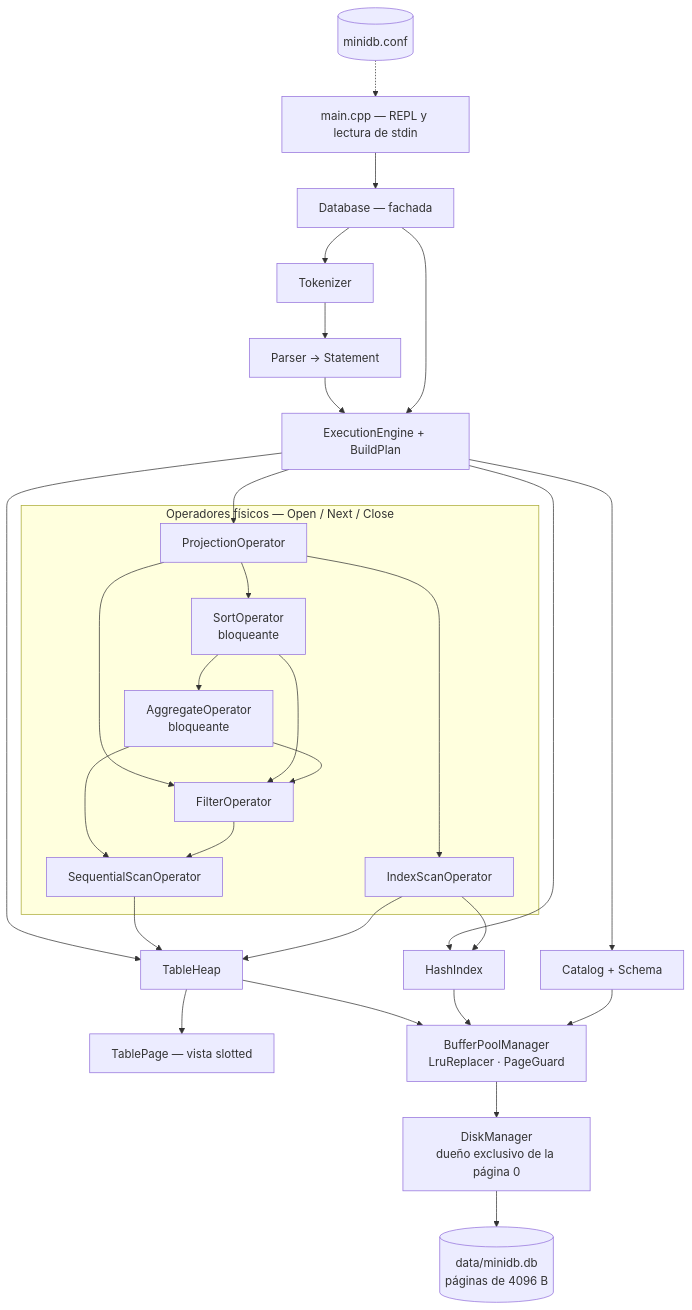
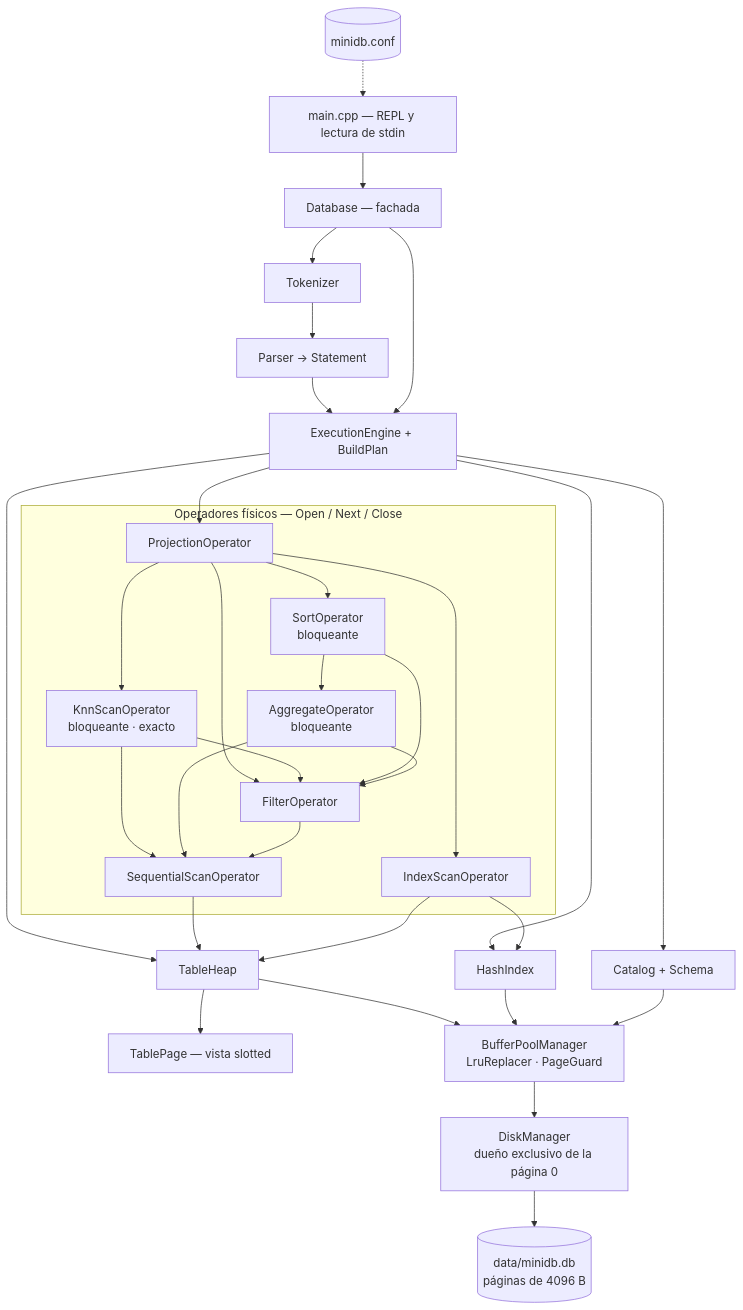
One commit to javierRock/miniDB changed the diagram in ARCHITECTURE.md. Above: the diagram before and after it, drawn with Mermaid. The commit also changed other lines of this file and 30 other files, not shown here.

````diff
--- a/ARCHITECTURE.md
+++ b/ARCHITECTURE.md
@@ -9,54 +9,58 @@
 ```mermaid
 graph TD
     CLI["main.cpp — REPL y lectura de stdin"]
     CFG[("minidb.conf")]
     DB["Database — fachada"]
     TK["Tokenizer"]
     PS["Parser → Statement"]
     EE["ExecutionEngine + BuildPlan"]
 
     subgraph OPS["Operadores físicos — Open / Next / Close"]
         PROJ["ProjectionOperator"]
         SORT["SortOperator<br/>bloqueante"]
         AGG["AggregateOperator<br/>bloqueante"]
         FILT["FilterOperator"]
         SEQ["SequentialScanOperator"]
         IDX["IndexScanOperator"]
+        KNN["KnnScanOperator<br/>bloqueante · exacto"]
     end
 
     CAT["Catalog + Schema"]
     TH["TableHeap"]
     HI["HashIndex"]
     TP["TablePage — vista slotted"]
     BPM["BufferPoolManager<br/>LruReplacer · PageGuard"]
     DM["DiskManager<br/>dueño exclusivo de la página 0"]
     FILE[("data/minidb.db<br/>páginas de 4096 B")]
 
     CFG -.-> CLI
     CLI --> DB
     DB --> TK
     TK --> PS
     PS --> EE
     DB --> EE
     EE --> PROJ
     PROJ --> SORT
+    PROJ --> KNN
     PROJ --> FILT
     PROJ --> IDX
+    KNN --> FILT
+    KNN --> SEQ
     SORT --> AGG
     SORT --> FILT
     AGG --> FILT
     AGG --> SEQ
     FILT --> SEQ
     EE --> CAT
     EE --> TH
     EE --> HI
     SEQ --> TH
     IDX --> HI
     IDX --> TH
     TH --> TP
     TH --> BPM
     HI --> BPM
     CAT --> BPM
     BPM --> DM
     DM --> FILE
 ```
````
